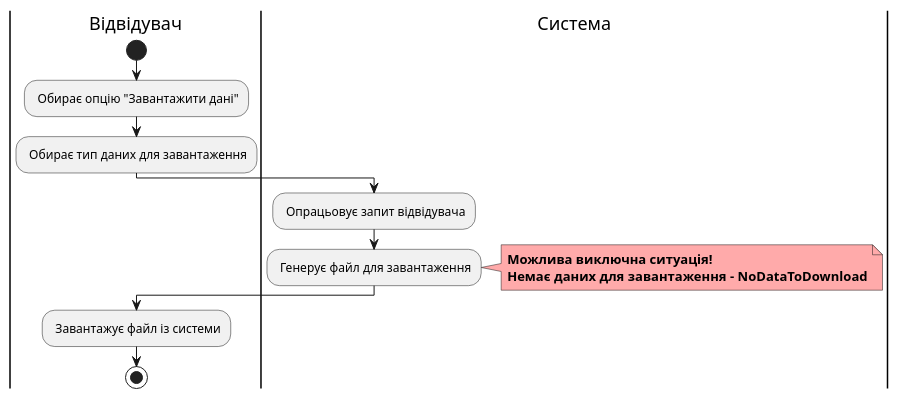
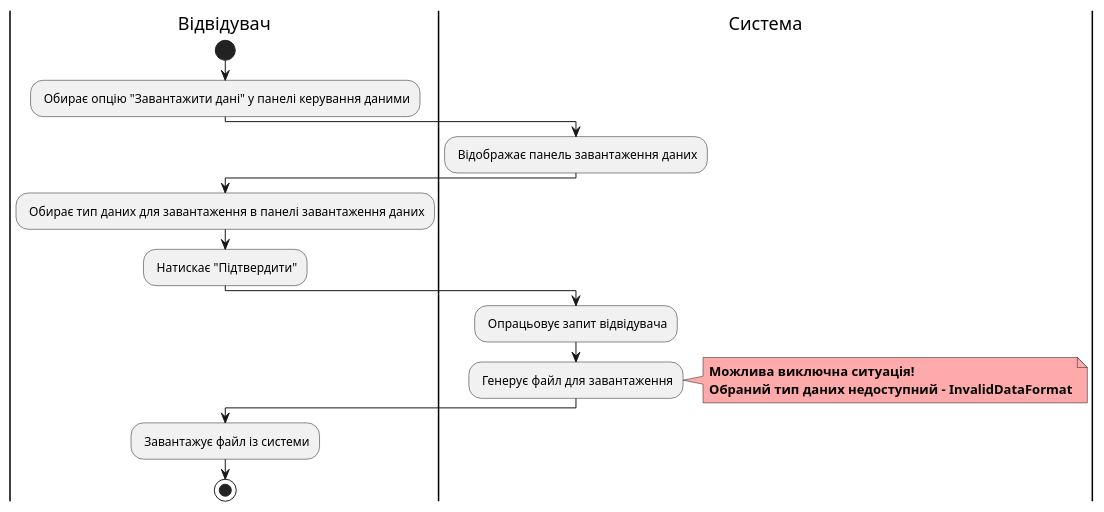
Before and after one commit to watashone/db-labs: the sixth of 19 diagrams in docs/use cases/README.md, drawn with PlantUML. The commit also changed other lines of this file, not shown here.

```diff
--- a/docs/use cases/README.md
+++ b/docs/use cases/README.md
@@ -183,18 +186,22 @@
 @startuml
 
     |Відвідувач|
         start
-        : Обирає опцію "Завантажити дані";
-        : Обирає тип даних для завантаження;
+        : Обирає опцію "Завантажити дані" у панелі керування даними;
+    |Система|
+        : Відображає панель завантаження даних;
+    |Відвідувач|
+        : Обирає тип даних для завантаження в панелі завантаження даних;
+        : Натискає "Підтвердити";
     |Система|
         : Опрацьовує запит відвідувача;
         : Генерує файл для завантаження;
         note right #ffaaaa
         <b>Можлива виключна ситуація! 
-        <b>Немає даних для завантаження - NoDataToDownload
+        <b>Обраний тип даних недоступний - InvalidDataFormat
         end note
     |Відвідувач|
         : Завантажує файл із системи;
         stop
         
 @enduml
```
